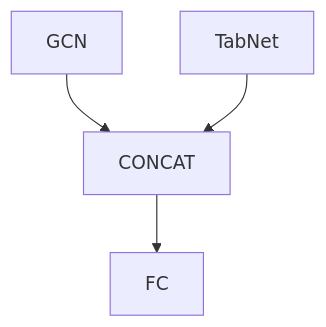
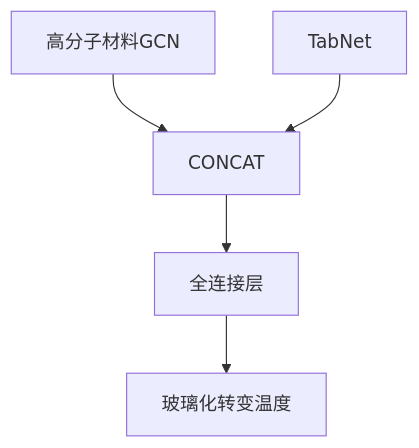
One commit to circle117/MaterialsGCN changed the second of 2 diagrams in README.md. Above: the diagram before and after it, drawn with Mermaid. The commit also changed other lines of this file, not shown here.

````diff
--- a/README.md
+++ b/README.md
@@ -118,6 +91,7 @@
 ```mermaid
 graph TD;
-	GCN-->CONCAT
+	高分子材料GCN-->CONCAT
 	TabNet-->CONCAT
-	CONCAT-->FC
+	CONCAT-->全连接层
+	全连接层-->玻璃化转变温度
 ```
````
